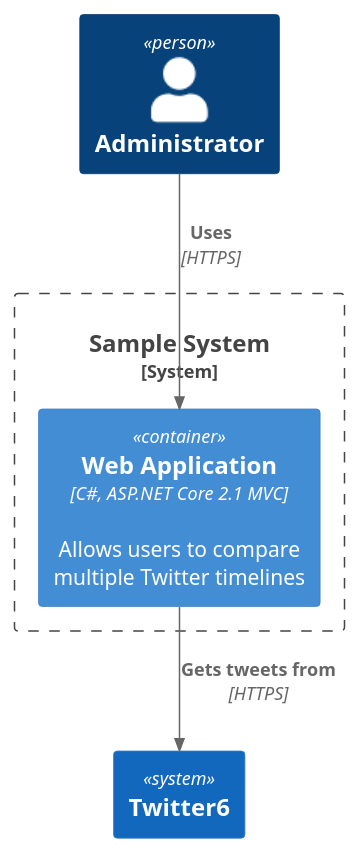
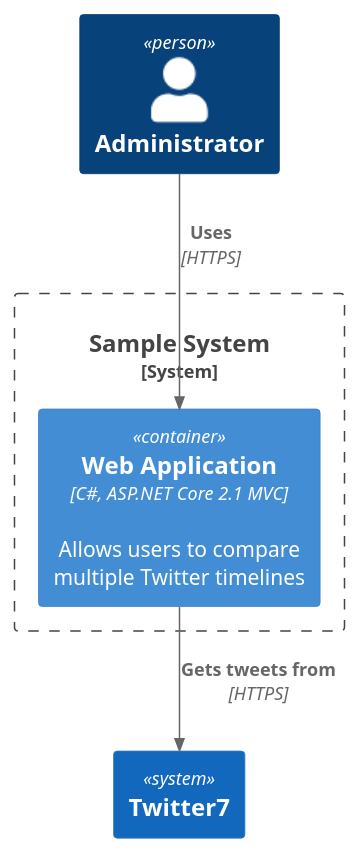
One commit to kcirtapfromspace/plantuml changed the diagram in doc/design/assets/diagram2.puml. Above: the diagram before and after it, drawn with PlantUML. The commit also changed 1 other file, not shown here.

```diff
--- a/doc/design/assets/diagram2.puml
+++ b/doc/design/assets/diagram2.puml
@@ -1,13 +1,13 @@
 @startuml Basic_Sample
 !include https://raw.githubusercontent.com/plantuml-stdlib/C4-PlantUML/master/C4_Container.puml
 
 Person(admin, "Administrator")
 System_Boundary(c1, "Sample System") {
     Container(web_app, "Web Application", "C#, ASP.NET Core 2.1 MVC", "Allows users to compare multiple Twitter timelines")
 }
 System(twitter, "Twitter")
-System(twitter, "Twitter6")
+System(twitter, "Twitter7")
 
 Rel(admin, web_app, "Uses", "HTTPS")
 Rel(web_app, twitter, "Gets tweets from", "HTTPS")
 @enduml
```
